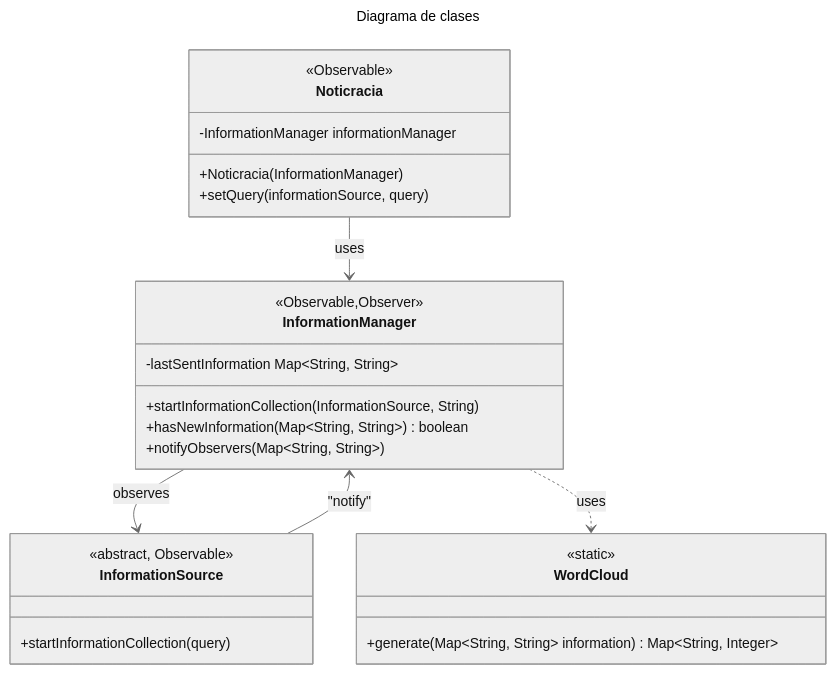
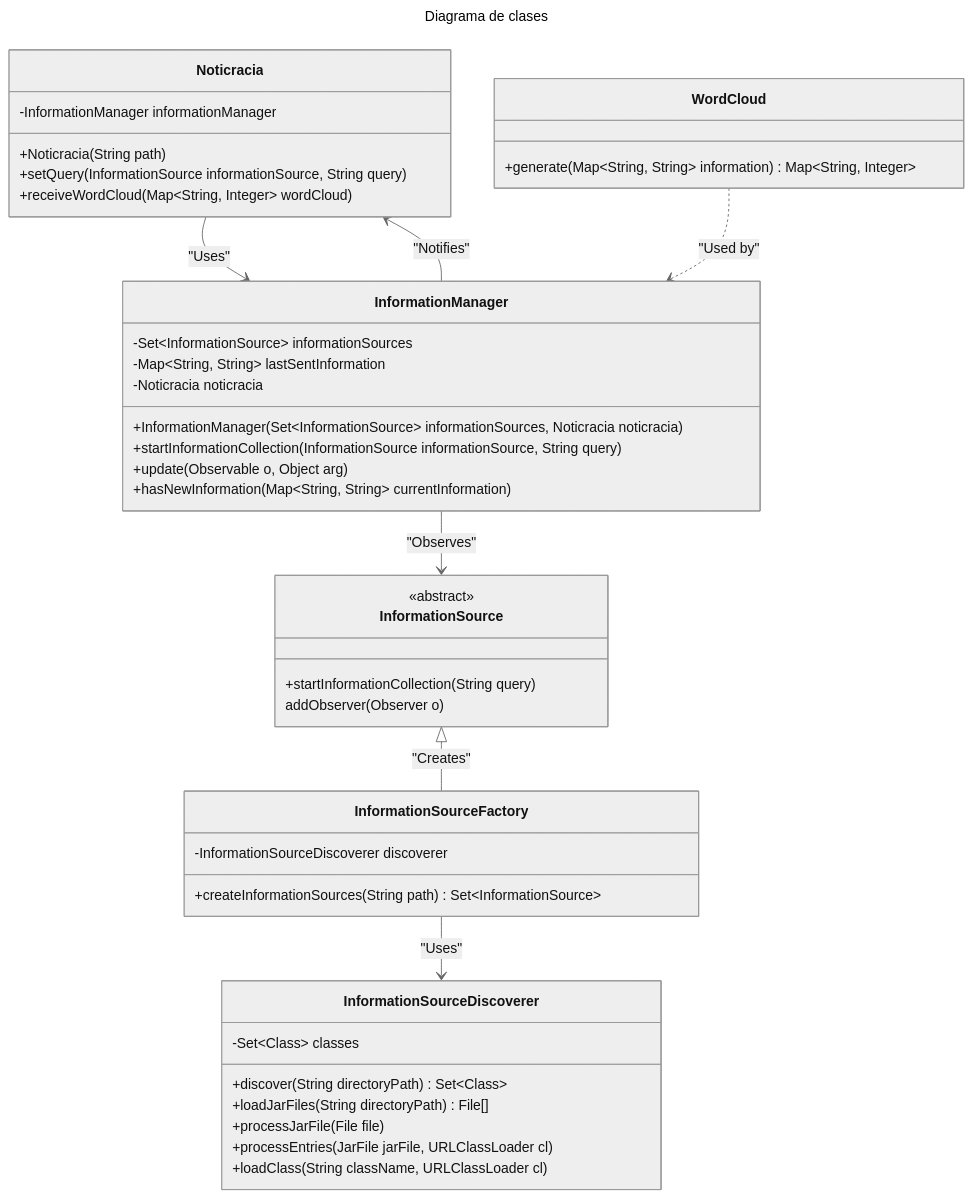
One commit to juanmanuellosada/noticracia-core changed the diagram in README.md. Above: the diagram before and after it, drawn with Mermaid (neutral theme). The commit also changed 4 other files, not shown here.

Commit message:
Versión con discovery y factory (No probado el discover)

````diff
--- a/README.md
+++ b/README.md
@@ -3,35 +3,53 @@
 ```mermaid
 ---
 title: Diagrama de clases
 ---
 classDiagram
     class Noticracia {
         -InformationManager informationManager
-        +Noticracia(InformationManager)
-        +setQuery(informationSource, query)
-        <<Observable>>
+        +Noticracia(String path)
+        +setQuery(InformationSource informationSource, String query)
+        +receiveWordCloud(Map~String, Integer~ wordCloud)
     }
 
     class InformationSource {
-        <<abstract, Observable>>
-        +startInformationCollection(query)
+        <<abstract>>
+        +startInformationCollection(String query)
+        addObserver(Observer o)
+    }
+
+    class InformationSourceFactory {
+        -InformationSourceDiscoverer discoverer
+        +createInformationSources(String path) Set~InformationSource~
+    }
+
+    class InformationSourceDiscoverer {
+        -Set~Class<? extends InformationSource>~ classes
+        +discover(String directoryPath) Set~Class<? extends InformationSource>~
+        +loadJarFiles(String directoryPath) File[]
+        +processJarFile(File file)
+        +processEntries(JarFile jarFile, URLClassLoader cl)
+        +loadClass(String className, URLClassLoader cl)
     }
 
     class InformationManager {
-        -lastSentInformation Map~String, String~
-        +startInformationCollection(InformationSource, String)
-        +hasNewInformation(Map~String, String~) boolean
-        +notifyObservers(Map~String, String~)
-        <<Observable,Observer>>
+        -Set~InformationSource~ informationSources
+        -Map~String, String~ lastSentInformation
+        -Noticracia noticracia
+        +InformationManager(Set~InformationSource~ informationSources, Noticracia noticracia)
+        +startInformationCollection(InformationSource informationSource, String query)
+        +update(Observable o, Object arg)
+        +hasNewInformation(Map~String, String~ currentInformation)
     }
 
     class WordCloud {
         +generate(Map~String, String~ information) Map~String, Integer~
-        <<static>>
     }
 
-    Noticracia --> InformationManager : uses
-    InformationManager --> InformationSource : observes
-    InformationSource --> InformationManager : "notify"
-    InformationManager ..> WordCloud : uses
+    Noticracia --> InformationManager : "Uses"
+    InformationManager --> InformationSource : "Observes"
+    InformationManager --> Noticracia : "Notifies"
+    InformationSource <|-- InformationSourceFactory : "Creates"
+    InformationSourceFactory --> InformationSourceDiscoverer : "Uses"
+    WordCloud ..> InformationManager : "Used by"
 ```
````
